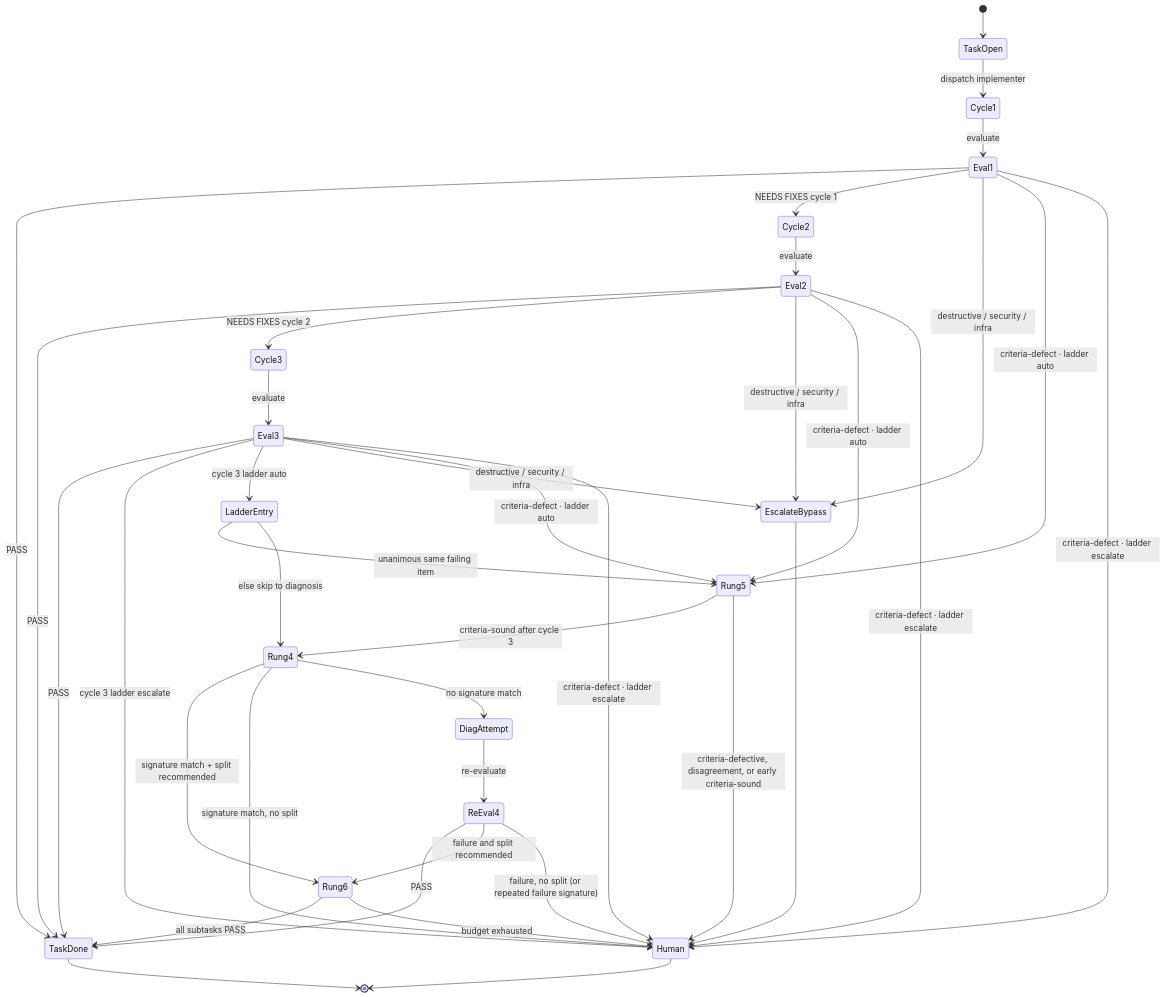
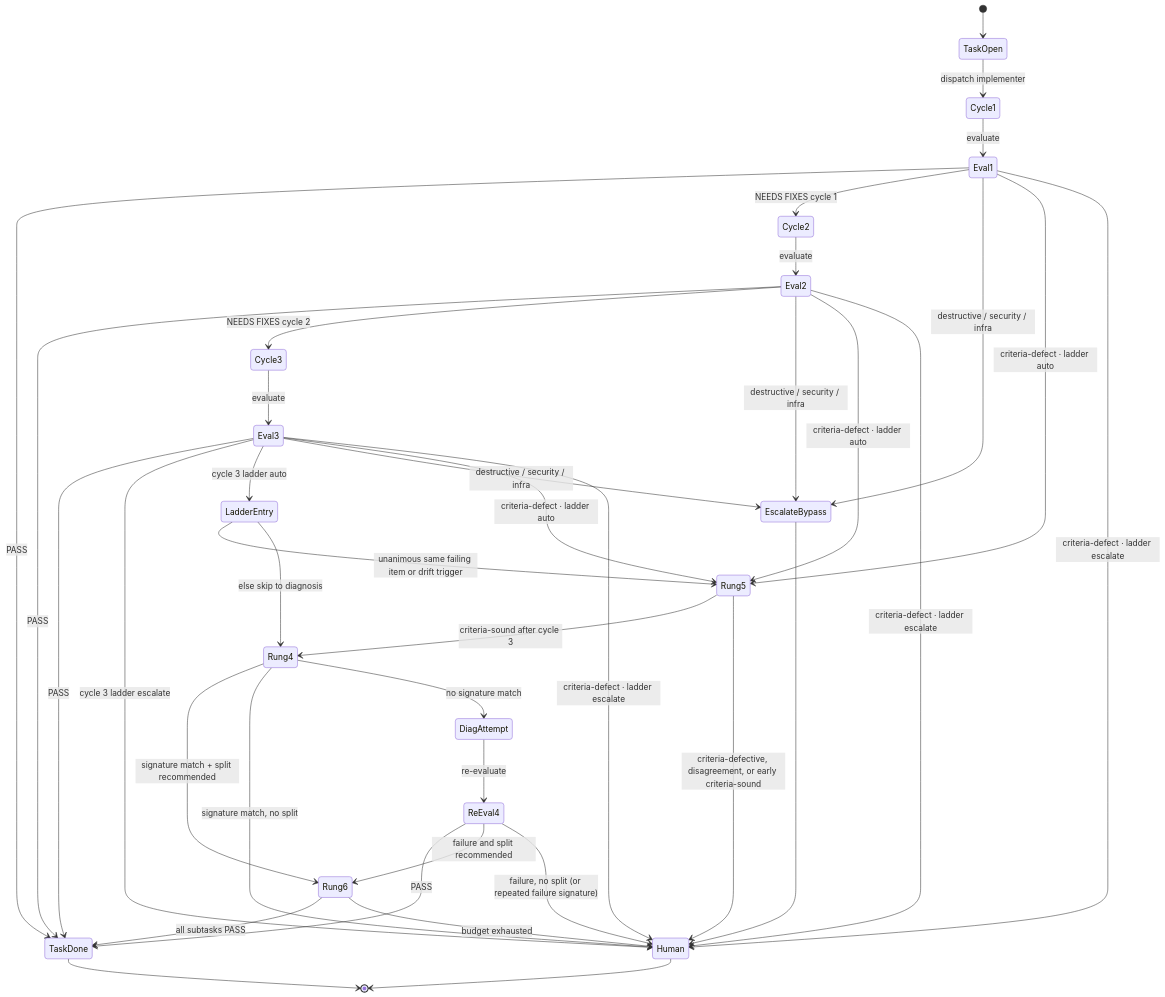
The second of 3 diagrams in docs/agent-kit/guide/feature-workflow.md (kdcllc/skills), drawn with Mermaid before and after one commit. The commit also changed other lines of this file and 249 other files, not shown here.

````diff
--- a/docs/agent-kit/guide/feature-workflow.md
+++ b/docs/agent-kit/guide/feature-workflow.md
@@ -73,40 +73,40 @@
 ```mermaid
 stateDiagram-v2
     [*] --> TaskOpen
     TaskOpen --> Cycle1: dispatch implementer
     Cycle1 --> Eval1: evaluate
     Eval1 --> TaskDone: PASS
     Eval1 --> Cycle2: NEEDS FIXES cycle 1
     Cycle2 --> Eval2: evaluate
     Eval2 --> TaskDone: PASS
     Eval2 --> Cycle3: NEEDS FIXES cycle 2
     Cycle3 --> Eval3: evaluate
     Eval3 --> TaskDone: PASS
     Eval3 --> Human: cycle 3 ladder escalate
     Eval3 --> LadderEntry: cycle 3 ladder auto
     Eval1 --> EscalateBypass: destructive / security / infra
     Eval2 --> EscalateBypass: destructive / security / infra
     Eval3 --> EscalateBypass: destructive / security / infra
     Eval1 --> Rung5: criteria-defect · ladder auto
     Eval2 --> Rung5: criteria-defect · ladder auto
     Eval3 --> Rung5: criteria-defect · ladder auto
     Eval1 --> Human: criteria-defect · ladder escalate
     Eval2 --> Human: criteria-defect · ladder escalate
     Eval3 --> Human: criteria-defect · ladder escalate
-    LadderEntry --> Rung5: unanimous same failing item
+    LadderEntry --> Rung5: unanimous same failing item or drift trigger
     LadderEntry --> Rung4: else skip to diagnosis
     Rung5 --> Rung4: criteria-sound after cycle 3
     Rung5 --> Human: criteria-defective, disagreement, or early criteria-sound
     Rung4 --> Rung6: signature match + split recommended
     Rung4 --> Human: signature match, no split
     Rung4 --> DiagAttempt: no signature match
     DiagAttempt --> ReEval4: re-evaluate
     ReEval4 --> TaskDone: PASS
     ReEval4 --> Rung6: failure and split recommended
     ReEval4 --> Human: failure, no split (or repeated failure signature)
     Rung6 --> TaskDone: all subtasks PASS
     Rung6 --> Human: budget exhausted
     EscalateBypass --> Human
     TaskDone --> [*]
     Human --> [*]
 ```
````
